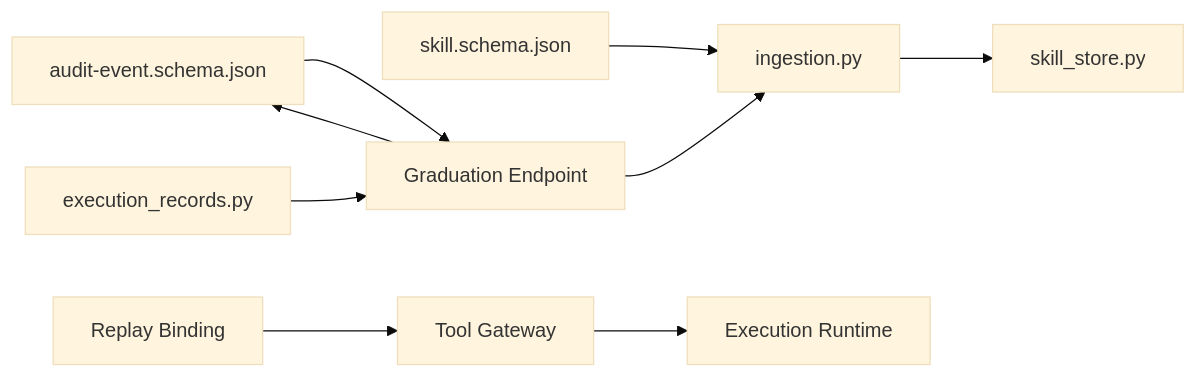
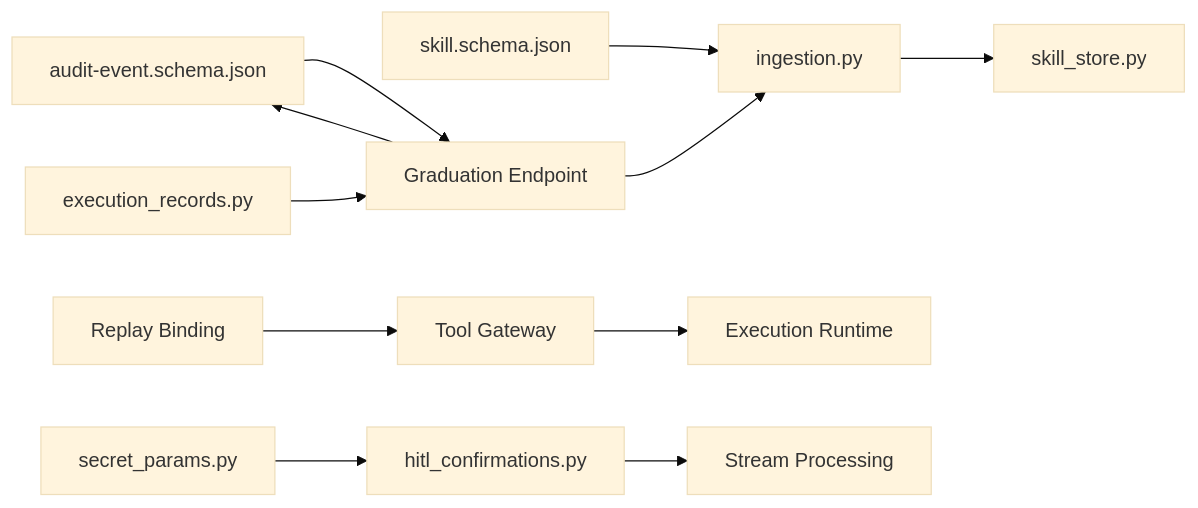
The ninth of 9 diagrams in .qoder/repowiki/en/content/Architecture Documentation/SPEC-055_ Develop-as-You-Go Skill Graduation.md (metasync/luban-aiops), drawn with Mermaid (base theme) before and after one commit. The commit also changed other lines of this file and 6 other files, not shown here.

````diff
--- a/.qoder/repowiki/en/content/Architecture Documentation/SPEC-055_ Develop-as-You-Go Skill Graduation.md
+++ b/.qoder/repowiki/en/content/Architecture Documentation/SPEC-055_ Develop-as-You-Go Skill Graduation.md
@@ -269,11 +323,13 @@
 ```mermaid
 graph LR
 SC_skill["skill.schema.json"] --> SH_ingest["ingestion.py"]
 SC_audit["audit-event.schema.json"] --> AP_grad["Graduation Endpoint"]
 SH_ingest --> SH_store["skill_store.py"]
 AP_exec["execution_records.py"] --> AP_grad
 AP_grad --> SH_ingest
 AP_grad --> SC_audit
 AP_replay["Replay Binding"] --> GW["Tool Gateway"]
 GW --> ER["Execution Runtime"]
+SECRET["secret_params.py"] --> MASKING["hitl_confirmations.py"]
+MASKING --> STREAM["Stream Processing"]
 ```
````
